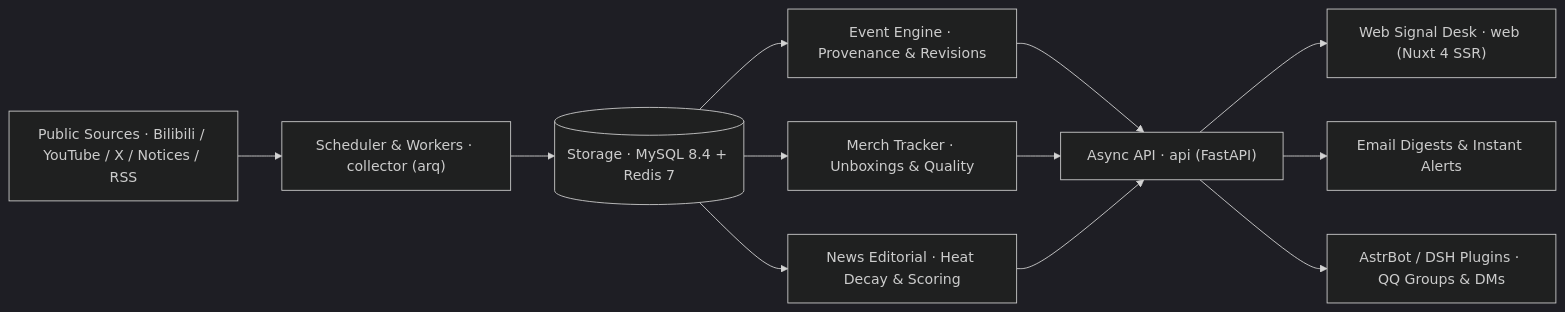
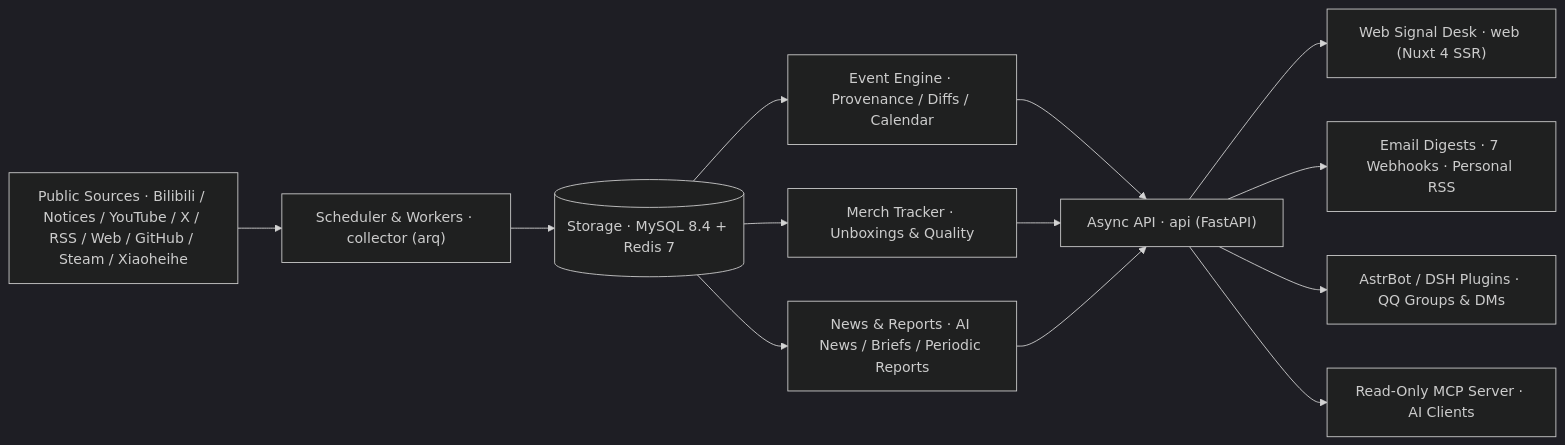
The diagram in README.en.md (tianyin231/AniSignal), drawn with Mermaid (dark theme) before and after one commit. The commit also changed other lines of this file and 4 other files, not shown here.

````diff
--- a/README.en.md
+++ b/README.en.md
@@ -90,14 +91,15 @@
 ```mermaid
 flowchart LR
-    S["Public Sources · Bilibili / YouTube / X / Notices / RSS"] --> C["Scheduler & Workers · collector (arq)"]
+    S["Public Sources · Bilibili / Notices / YouTube / X / RSS / Web / GitHub / Steam / Xiaoheihe"] --> C["Scheduler & Workers · collector (arq)"]
     C --> DB[("Storage · MySQL 8.4 + Redis 7")]
-    DB --> E["Event Engine · Provenance & Revisions"]
+    DB --> E["Event Engine · Provenance / Diffs / Calendar"]
     DB --> P["Merch Tracker · Unboxings & Quality"]
-    DB --> N["News Editorial · Heat Decay & Scoring"]
+    DB --> N["News & Reports · AI News / Briefs / Periodic Reports"]
     E --> API["Async API · api (FastAPI)"]
     P --> API
     N --> API
     API --> W["Web Signal Desk · web (Nuxt 4 SSR)"]
-    API --> M["Email Digests & Instant Alerts"]
+    API --> M["Email Digests · 7 Webhooks · Personal RSS"]
     API --> B["AstrBot / DSH Plugins · QQ Groups & DMs"]
+    API --> MCP["Read-Only MCP Server · AI Clients"]
 ```
````
